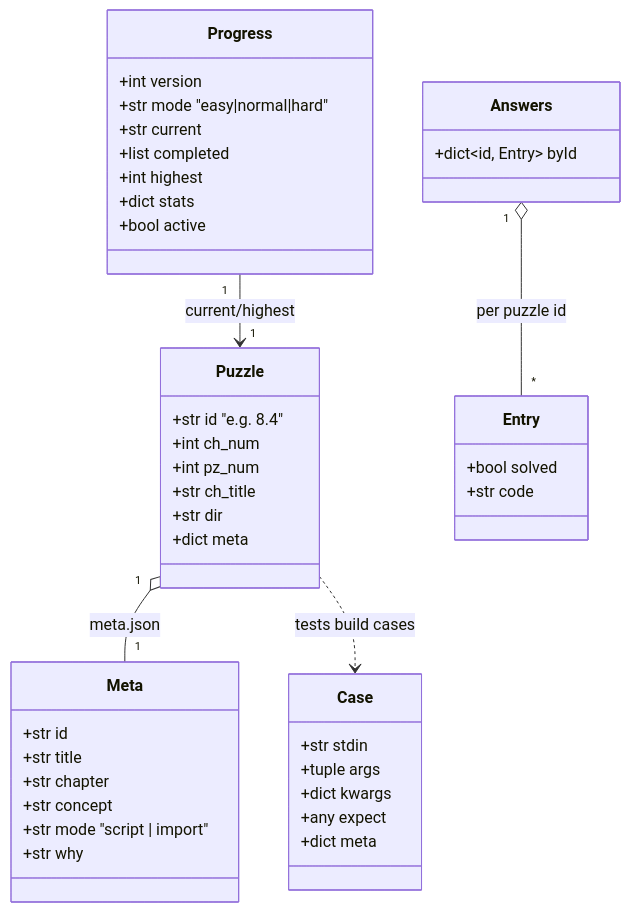
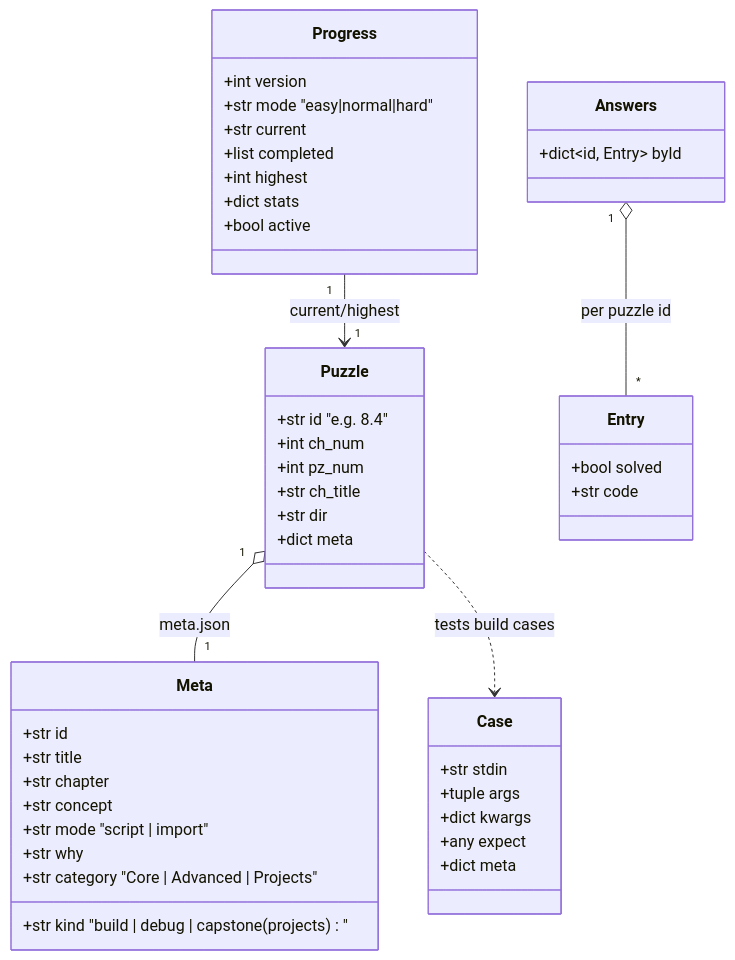
One commit to N041M/PyQuest changed the seventh of 10 diagrams in docs/architecture/README.md. Above: the diagram before and after it, drawn with Mermaid. The commit also changed other lines of this file and 9 other files, not shown here.

Commit message:
Overhaul docs: master class diagram, refresh stale content, trim redundant diagrams

````diff
--- a/docs/architecture/README.md
+++ b/docs/architecture/README.md
@@ -236,46 +341,48 @@
 ```mermaid
 classDiagram
     class Puzzle {
         +str id  "e.g. 8.4"
         +int ch_num
         +int pz_num
         +str ch_title
         +str dir
         +dict meta
     }
     class Meta {
         +str id
         +str title
         +str chapter
         +str concept
         +str mode  "script | import"
         +str why
+        +str category  "Core | Advanced | Projects"
+        +str kind  "build | debug | capstone (projects)"
     }
     class Progress {
         +int version
         +str mode  "easy|normal|hard"
         +str current
         +list completed
         +int highest
         +dict stats
         +bool active
     }
     class Answers {
         +dict~id, Entry~ byId
     }
     class Entry {
         +bool solved
         +str code
     }
     class Case {
         +str stdin
         +tuple args
         +dict kwargs
         +any expect
         +dict meta
     }
     Puzzle "1" o-- "1" Meta : meta.json
     Progress "1" --> "1" Puzzle : current/highest
     Answers "1" o-- "*" Entry : per puzzle id
     Puzzle ..> Case : tests build cases
 ```
````
